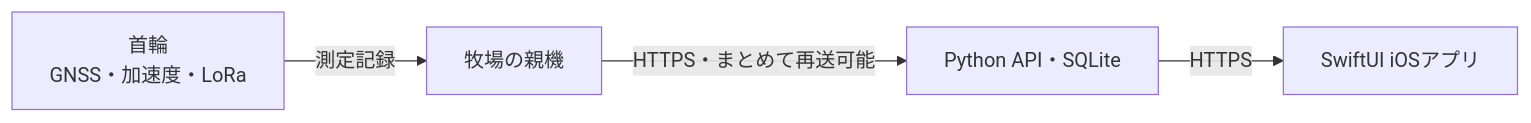
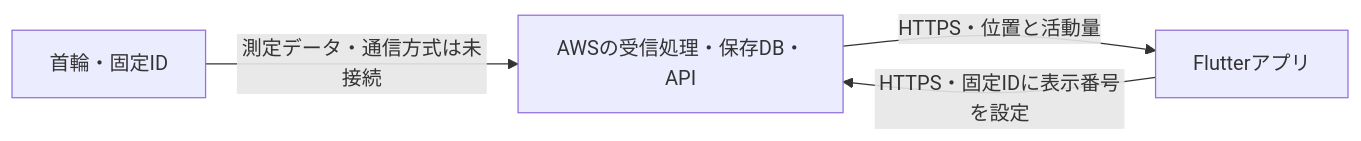
One commit to nanato0818/Cowlog changed the diagram in docs/architecture.md. Above: the diagram before and after it, drawn with Mermaid. The commit also changed other lines of this file and 98 other files, not shown here.

First line of the commit message:
Flutter app redesign, GPS debug site, AWS backend and handoff docs

````diff
--- a/docs/architecture.md
+++ b/docs/architecture.md
@@ -3,6 +5,6 @@
 ```mermaid
 flowchart LR
-  Collar[首輪\nGNSS・加速度・LoRa] -->|測定記録| Gateway[牧場の親機]
-  Gateway -->|HTTPS・まとめて再送可能| API[Python API・SQLite]
-  API -->|HTTPS| App[SwiftUI iOSアプリ]
+  Collar[首輪・固定ID] -->|測定データ・通信方式は未接続| AWS[AWSの受信処理・保存DB・API]
+  AWS -->|HTTPS・位置と活動量| App[Flutterアプリ]
+  App -->|HTTPS・固定IDに表示番号を設定| AWS
 ```
````
